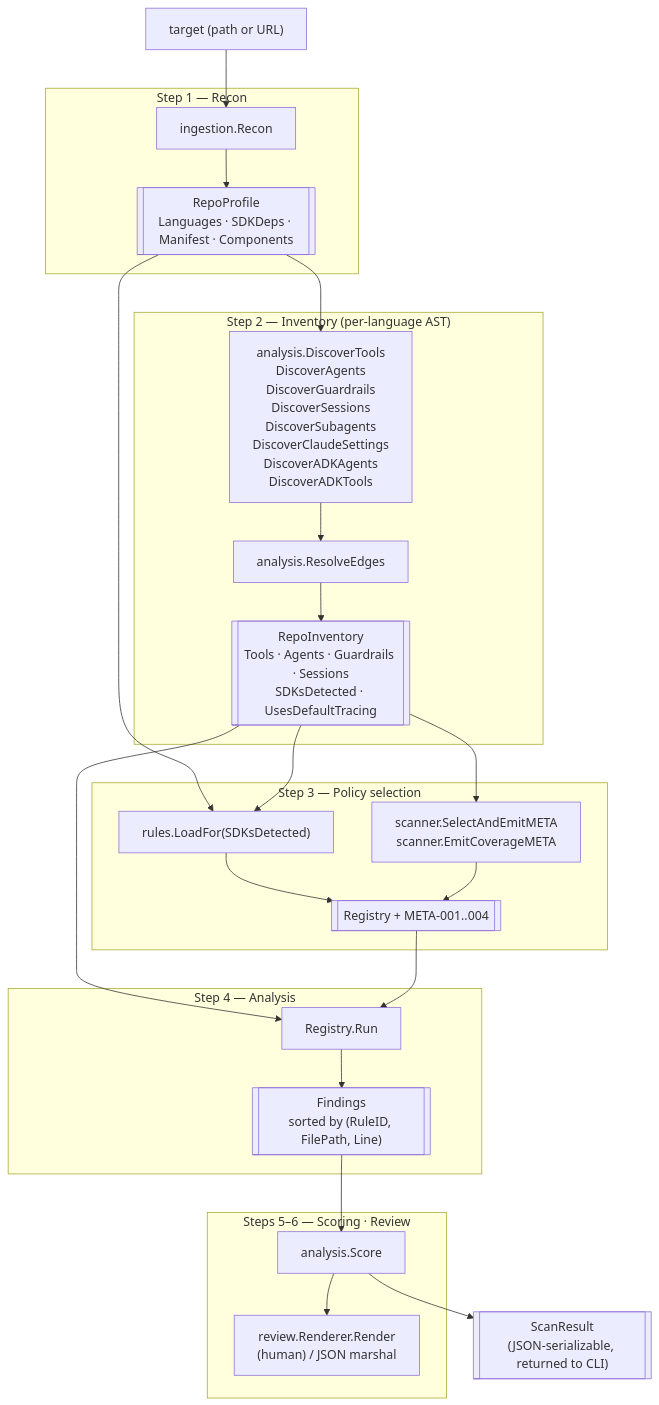
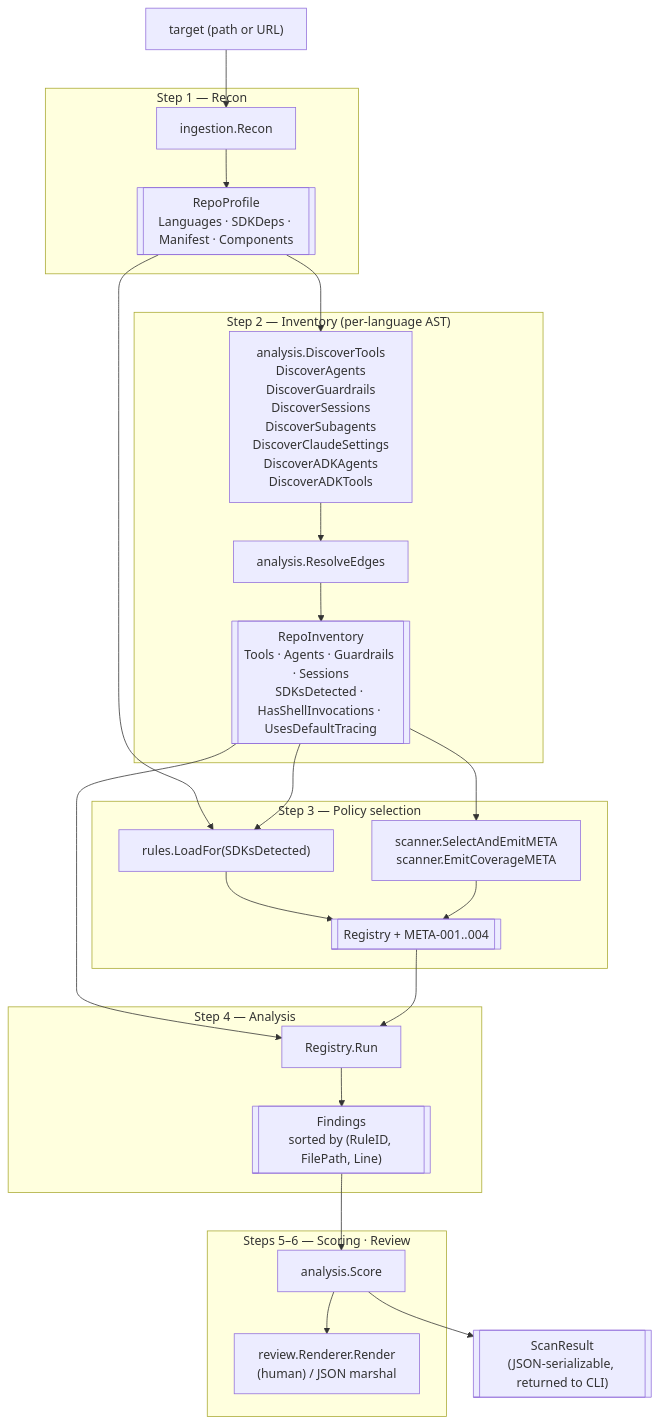
Before and after one commit to trustabl/trustabl: the first of 4 diagrams in ARCHITECTURE.md, drawn with Mermaid. The commit also changed other lines of this file and 11 other files, not shown here.

````diff
--- a/ARCHITECTURE.md
+++ b/ARCHITECTURE.md
@@ -118,49 +118,49 @@
 ```mermaid
 flowchart TD
     target["target (path or URL)"]
 
     subgraph S1["Step 1 — Recon"]
         recon["ingestion.Recon"]
         profile[["RepoProfile<br/>Languages · SDKDeps · Manifest · Components"]]
         recon --> profile
     end
 
     subgraph S2["Step 2 — Inventory (per-language AST)"]
         disc["analysis.DiscoverTools<br/>DiscoverAgents<br/>DiscoverGuardrails<br/>DiscoverSessions<br/>DiscoverSubagents<br/>DiscoverClaudeSettings<br/>DiscoverADKAgents<br/>DiscoverADKTools"]
         edges["analysis.ResolveEdges"]
-        inv[["RepoInventory<br/>Tools · Agents · Guardrails · Sessions<br/>SDKsDetected · UsesDefaultTracing"]]
+        inv[["RepoInventory<br/>Tools · Agents · Guardrails · Sessions<br/>SDKsDetected · HasShellInvocations · UsesDefaultTracing"]]
         disc --> edges --> inv
     end
 
     subgraph S3["Step 3 — Policy selection"]
         loadfor["rules.LoadFor(SDKsDetected)"]
         meta["scanner.SelectAndEmitMETA<br/>scanner.EmitCoverageMETA"]
         reg[["Registry + META-001..004"]]
         loadfor --> reg
         meta --> reg
     end
 
     subgraph S4["Step 4 — Analysis"]
         run["Registry.Run"]
         findings[["Findings<br/>sorted by (RuleID, FilePath, Line)"]]
         run --> findings
     end
 
     subgraph S56["Steps 5–6 — Scoring · Review"]
         score["analysis.Score"]
         render["review.Renderer.Render<br/>(human) / JSON marshal"]
         score --> render
     end
 
     result[["ScanResult<br/>(JSON-serializable, returned to CLI)"]]
 
     target --> recon
     profile --> disc
     profile --> loadfor
     inv --> loadfor
     inv --> meta
     inv --> run
     reg --> run
     findings --> score
     score --> result
 ```
````
